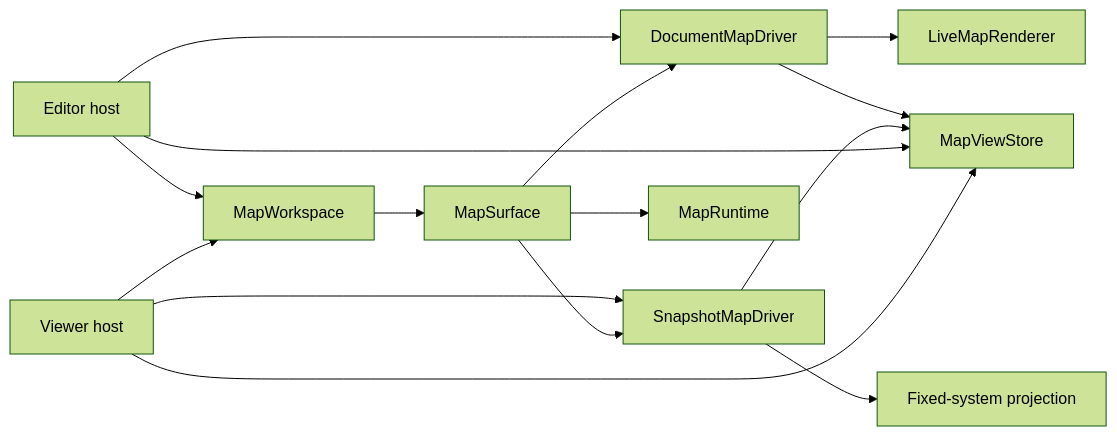
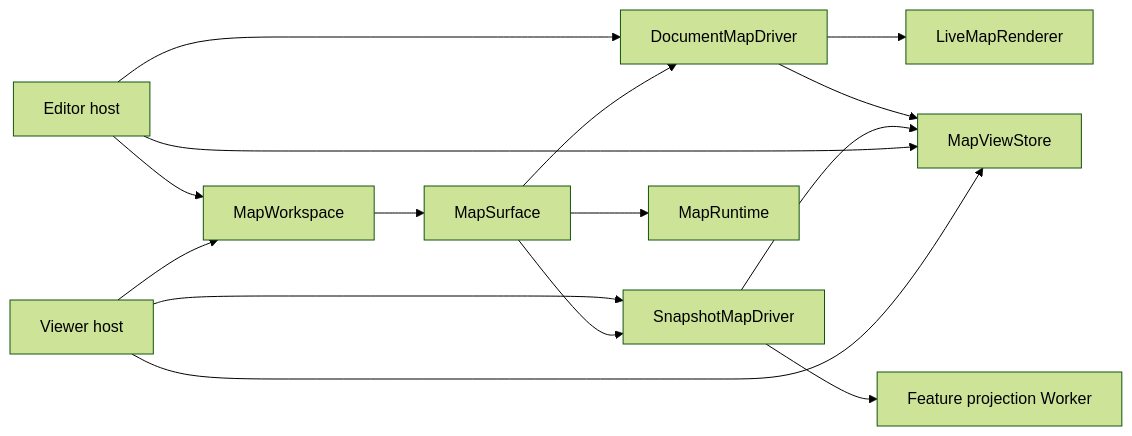
The second of 2 diagrams in docs/development/reference/project-structure.md (LasVegasForTransit/transit-mapper), drawn with Mermaid (forest theme) before and after one commit. The commit also changed other lines of this file and 6 other files, not shown here.

````diff
--- a/docs/development/reference/project-structure.md
+++ b/docs/development/reference/project-structure.md
@@ -306,17 +307,17 @@
 ```mermaid
 flowchart LR
   Editor[Editor host] --> Workspace[MapWorkspace]
   Viewer[Viewer host] --> Workspace
   Editor --> DocumentDriver[DocumentMapDriver]
   Viewer --> SnapshotDriver[SnapshotMapDriver]
   Workspace --> Surface[MapSurface]
   Surface --> Runtime[MapRuntime]
   Surface --> DocumentDriver
   Surface --> SnapshotDriver
   DocumentDriver --> Renderer[LiveMapRenderer]
-  SnapshotDriver --> Projection[Fixed-system projection]
+  SnapshotDriver --> Projection[Feature projection Worker]
   DocumentDriver --> ViewStore[MapViewStore]
   SnapshotDriver --> ViewStore
   Editor --> ViewStore
   Viewer --> ViewStore
 ```
````
